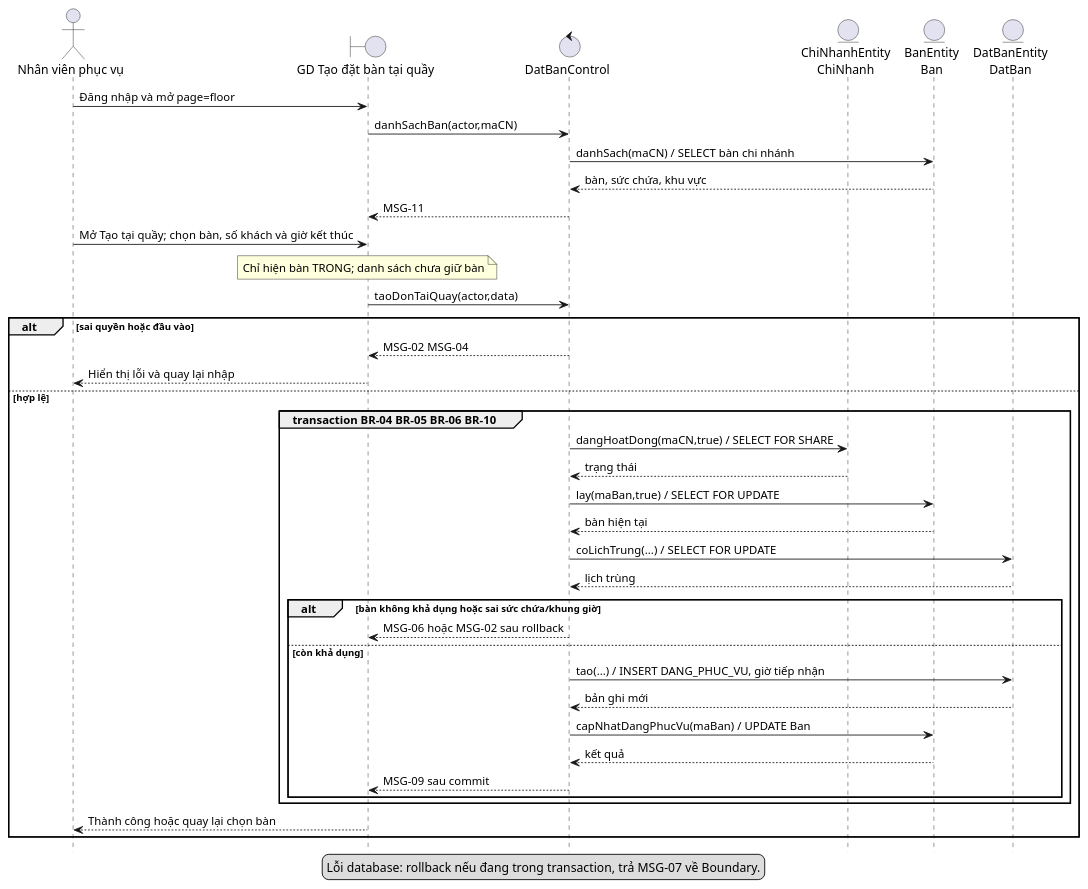
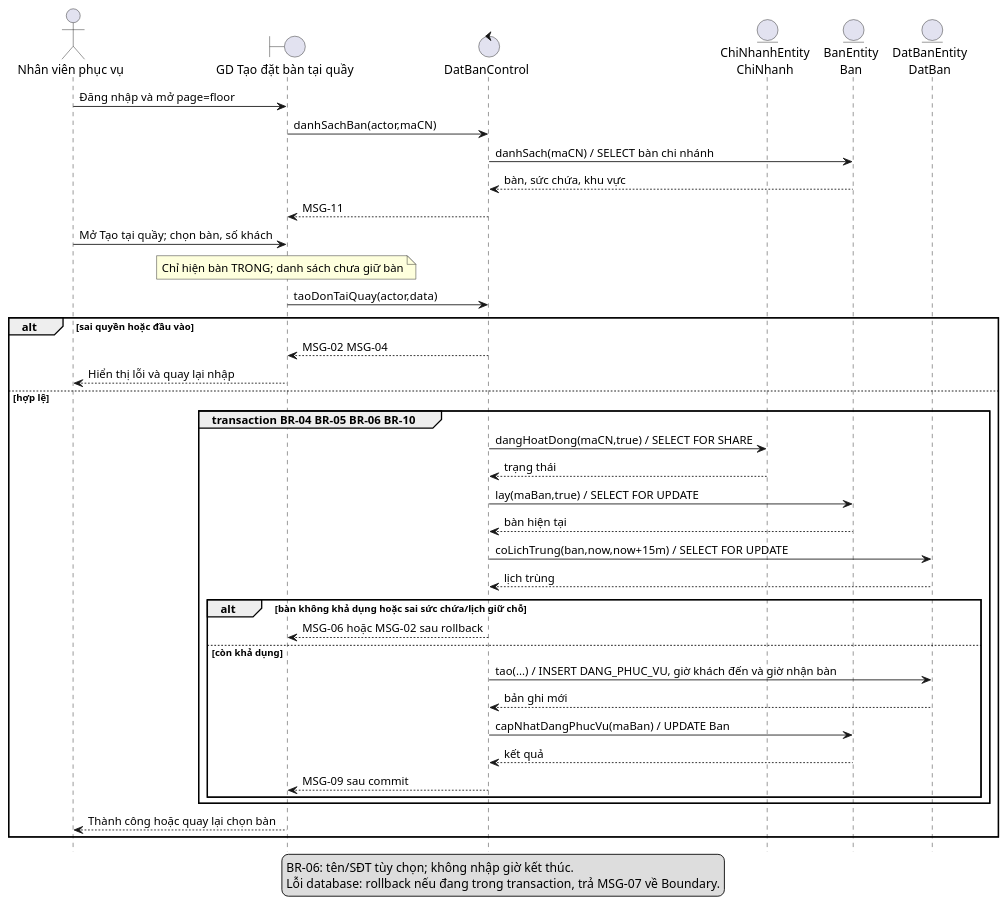
The diagram in docs/dat-ban-ca-nhan/sequence/SD-04.puml (lybaonghi1912/restaurant-chain), drawn with PlantUML before and after one commit. The commit also changed 33 other files, not shown here.

Commit message:
Synchronize reservation grace period, arrival flow, sequences and test cases

```diff
--- a/docs/dat-ban-ca-nhan/sequence/SD-04.puml
+++ b/docs/dat-ban-ca-nhan/sequence/SD-04.puml
@@ -1,46 +1,47 @@
 @startuml
 hide footbox
 skinparam defaultFontName Arial
 skinparam responseMessageBelowArrow true
 actor "Nhân viên phục vụ" as A
 boundary "GD Tạo đặt bàn tại quầy" as B
 control "DatBanControl" as C
 entity "ChiNhanhEntity\nChiNhanh" as CN
 entity "BanEntity\nBan" as T
 entity "DatBanEntity\nDatBan" as D
 A -> B : Đăng nhập và mở page=floor
 B -> C : danhSachBan(actor,maCN)
 C -> T : danhSach(maCN) / SELECT bàn chi nhánh
 T --> C : bàn, sức chứa, khu vực
 C --> B : MSG-11
-A -> B : Mở Tạo tại quầy; chọn bàn, số khách và giờ kết thúc
+A -> B : Mở Tạo tại quầy; chọn bàn, số khách
 note over B : Chỉ hiện bàn TRONG; danh sách chưa giữ bàn
 B -> C : taoDonTaiQuay(actor,data)
 alt sai quyền hoặc đầu vào
 C --> B : MSG-02 MSG-04
 B --> A : Hiển thị lỗi và quay lại nhập
 else hợp lệ
 group transaction BR-04 BR-05 BR-06 BR-10
 C -> CN : dangHoatDong(maCN,true) / SELECT FOR SHARE
 CN --> C : trạng thái
 C -> T : lay(maBan,true) / SELECT FOR UPDATE
 T --> C : bàn hiện tại
-C -> D : coLichTrung(...) / SELECT FOR UPDATE
+C -> D : coLichTrung(ban,now,now+15m) / SELECT FOR UPDATE
 D --> C : lịch trùng
-alt bàn không khả dụng hoặc sai sức chứa/khung giờ
+alt bàn không khả dụng hoặc sai sức chứa/lịch giữ chỗ
 C --> B : MSG-06 hoặc MSG-02 sau rollback
 else còn khả dụng
-C -> D : tao(...) / INSERT DANG_PHUC_VU, giờ tiếp nhận
+C -> D : tao(...) / INSERT DANG_PHUC_VU, giờ khách đến và giờ nhận bàn
 D --> C : bản ghi mới
 C -> T : capNhatDangPhucVu(maBan) / UPDATE Ban
 T --> C : kết quả
 C --> B : MSG-09 sau commit
 end
 end
 B --> A : Thành công hoặc quay lại chọn bàn
 end
 
 legend bottom
+BR-06: tên/SĐT tùy chọn; không nhập giờ kết thúc.
 Lỗi database: rollback nếu đang trong transaction, trả MSG-07 về Boundary.
 endlegend
 @enduml
```
